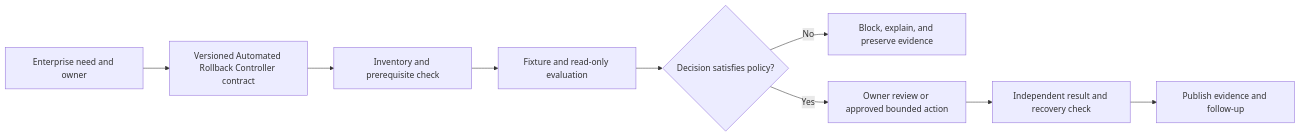
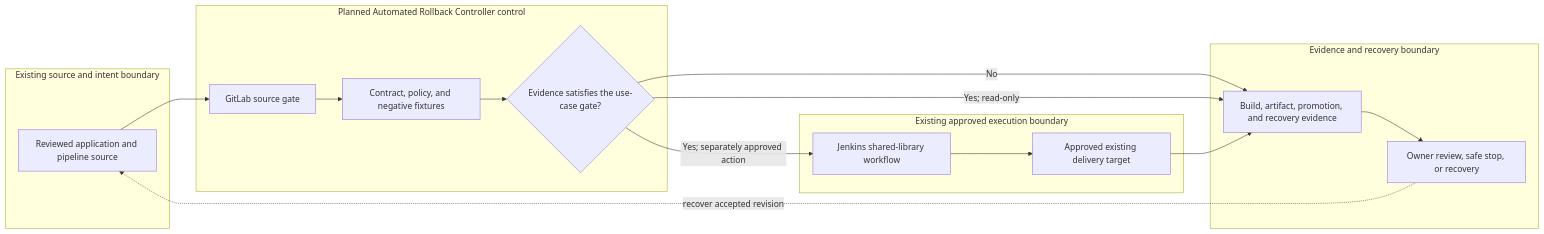
The diagram in docs/use-cases/devsecops/UC-CICD-008-automated-rollback-controller.md (MIDHTECH/enterprise-architecture-docs), drawn with Mermaid before and after one commit. The commit also changed other lines of this file and 227 other files, not shown here.

Commit message:
Deepen architecture for all use case designs

````diff
--- a/docs/use-cases/devsecops/UC-CICD-008-automated-rollback-controller.md
+++ b/docs/use-cases/devsecops/UC-CICD-008-automated-rollback-controller.md
@@ -136,11 +129,25 @@
 ```mermaid
 flowchart LR
-    Need["Enterprise need and owner"] --> Contract["Versioned Automated Rollback Controller contract"]
-    Contract --> Preflight["Inventory and prerequisite check"]
-    Preflight --> Evaluate["Fixture and read-only evaluation"]
-    Evaluate --> Decision{"Decision satisfies policy?"}
-    Decision -->|No| Stop["Block, explain, and preserve evidence"]
-    Decision -->|Yes| Review["Owner review or approved bounded action"]
-    Review --> Verify["Independent result and recovery check"]
-    Verify --> Publish["Publish evidence and follow-up"]
+    subgraph Source["Existing source and intent boundary"]
+        A["Reviewed application and pipeline source"]
+    end
+    subgraph Planned["Planned Automated Rollback Controller control"]
+        B["GitLab source gate"]
+        C["Contract, policy, and negative fixtures"]
+        D{"Evidence satisfies the use-case gate?"}
+    end
+    subgraph Runtime["Existing approved execution boundary"]
+        E["Jenkins shared-library workflow"]
+        F["Approved existing delivery target"]
+    end
+    subgraph Assurance["Evidence and recovery boundary"]
+        G["Build, artifact, promotion, and recovery evidence"]
+        H["Owner review, safe stop, or recovery"]
+    end
+
+    A --> B --> C --> D
+    D -->|No| G --> H
+    D -->|Yes; read-only| G
+    D -->|Yes; separately approved action| E --> F --> G
+    H -. recover accepted revision .-> A
 ```
````
